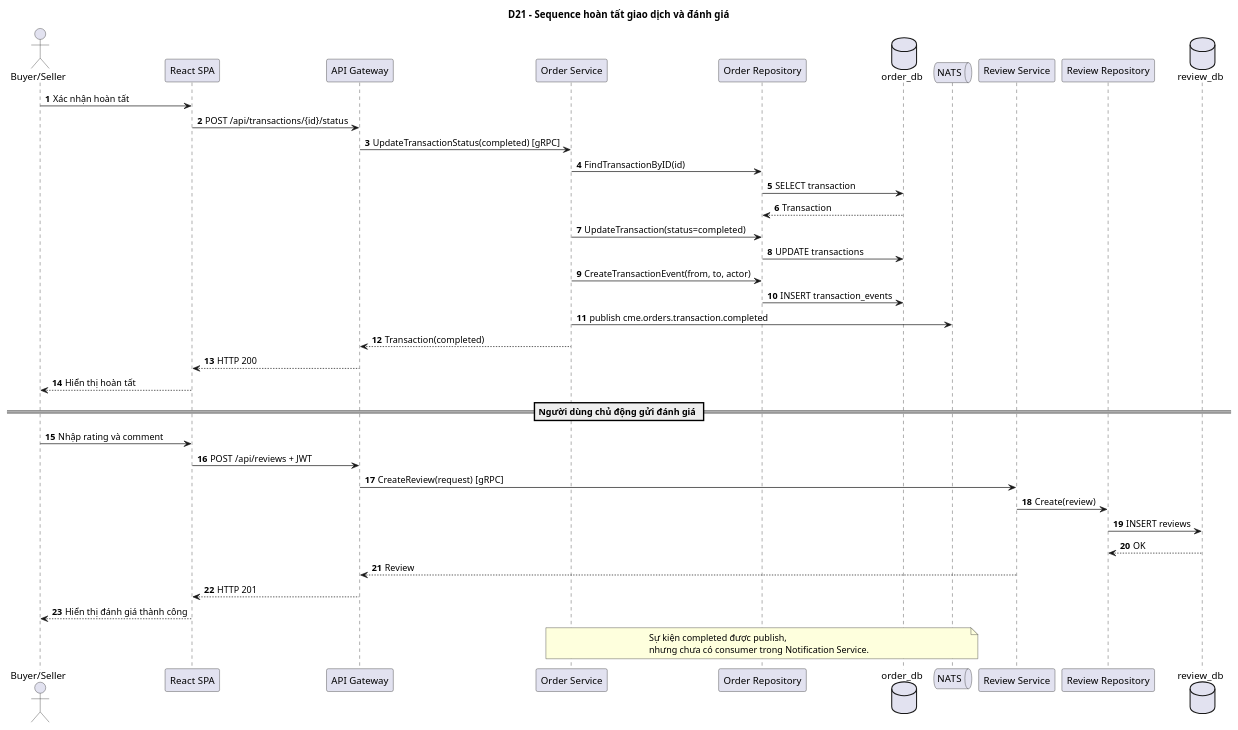
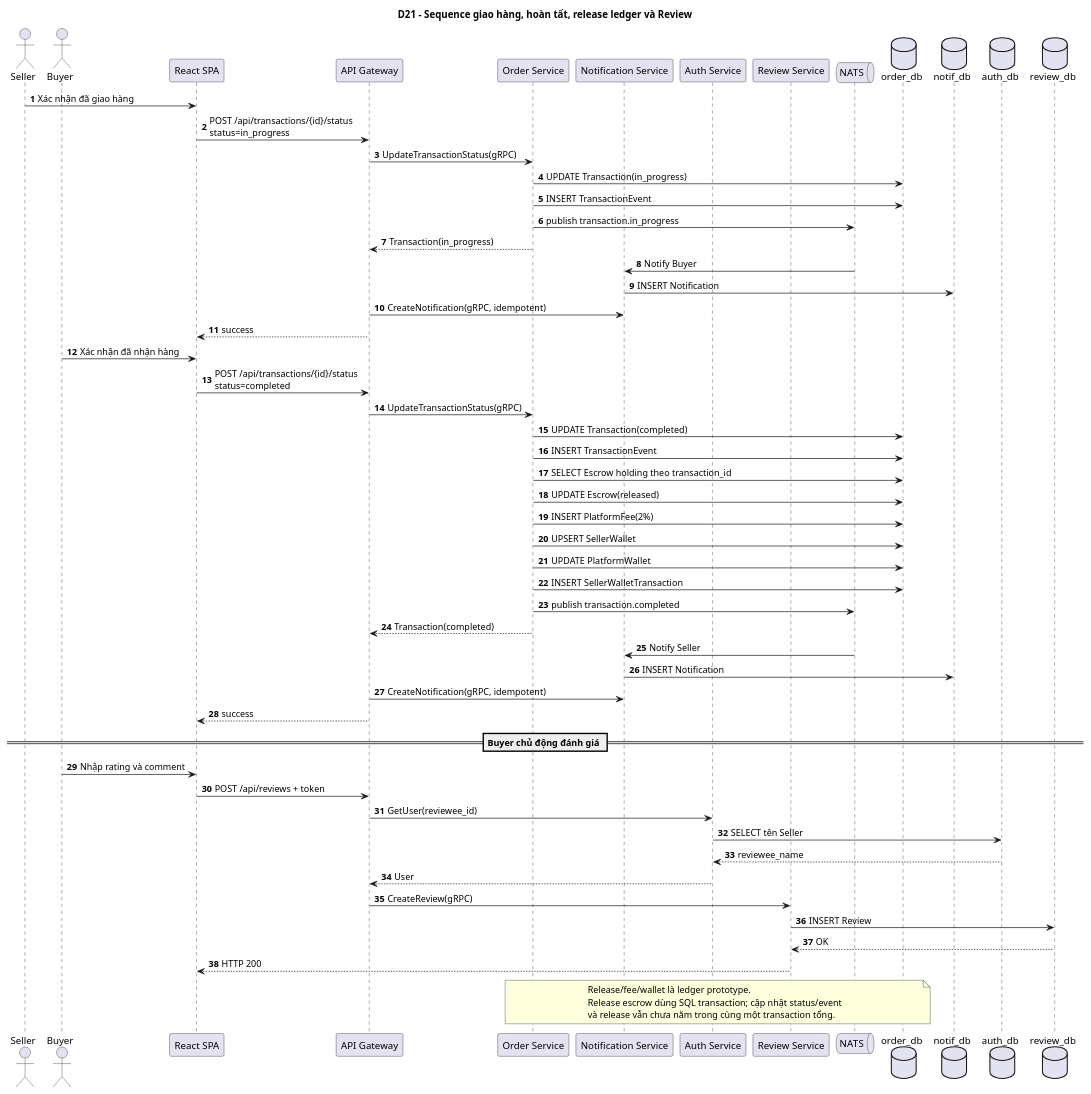
One commit to NguyetNgaLe/Circular-Materials-Exchange changed the diagram in project-submission/04-diagrams/chapter-04-design/D21-complete-review-sequence.puml. Above: the diagram before and after it, drawn with PlantUML. The commit also changed 129 other files, not shown here.

```diff
--- a/project-submission/04-diagrams/chapter-04-design/D21-complete-review-sequence.puml
+++ b/project-submission/04-diagrams/chapter-04-design/D21-complete-review-sequence.puml
@@ -1,46 +1,66 @@
 @startuml
-title D21 - Sequence hoàn tất giao dịch và đánh giá
+title D21 - Sequence giao hàng, hoàn tất, release ledger và Review
 autonumber
 
-actor "Buyer/Seller" as User
+actor Seller
+actor Buyer
 participant "React SPA" as Web
 participant "API Gateway" as Gateway
 participant "Order Service" as Order
-participant "Order Repository" as OrderRepo
+participant "Notification Service" as Notification
+participant "Auth Service" as AuthService
+participant "Review Service" as Review
+queue NATS
 database "order_db" as OrderDB
-queue NATS
-participant "Review Service" as Review
-participant "Review Repository" as ReviewRepo
+database "notif_db" as NotifDB
+database "auth_db" as AuthDB
 database "review_db" as ReviewDB
 
-User -> Web : Xác nhận hoàn tất
-Web -> Gateway : POST /api/transactions/{id}/status
-Gateway -> Order : UpdateTransactionStatus(completed) [gRPC]
-Order -> OrderRepo : FindTransactionByID(id)
-OrderRepo -> OrderDB : SELECT transaction
-OrderDB --> OrderRepo : Transaction
-Order -> OrderRepo : UpdateTransaction(status=completed)
-OrderRepo -> OrderDB : UPDATE transactions
-Order -> OrderRepo : CreateTransactionEvent(from, to, actor)
-OrderRepo -> OrderDB : INSERT transaction_events
-Order -> NATS : publish cme.orders.transaction.completed
+Seller -> Web : Xác nhận đã giao hàng
+Web -> Gateway : POST /api/transactions/{id}/status\nstatus=in_progress
+Gateway -> Order : UpdateTransactionStatus(gRPC)
+Order -> OrderDB : UPDATE Transaction(in_progress)
+Order -> OrderDB : INSERT TransactionEvent
+Order -> NATS : publish transaction.in_progress
+Order --> Gateway : Transaction(in_progress)
+NATS -> Notification : Notify Buyer
+Notification -> NotifDB : INSERT Notification
+Gateway -> Notification : CreateNotification(gRPC, idempotent)
+Gateway --> Web : success
+
+Buyer -> Web : Xác nhận đã nhận hàng
+Web -> Gateway : POST /api/transactions/{id}/status\nstatus=completed
+Gateway -> Order : UpdateTransactionStatus(gRPC)
+Order -> OrderDB : UPDATE Transaction(completed)
+Order -> OrderDB : INSERT TransactionEvent
+Order -> OrderDB : SELECT Escrow holding theo transaction_id
+Order -> OrderDB : UPDATE Escrow(released)
+Order -> OrderDB : INSERT PlatformFee(2%)
+Order -> OrderDB : UPSERT SellerWallet
+Order -> OrderDB : UPDATE PlatformWallet
+Order -> OrderDB : INSERT SellerWalletTransaction
+Order -> NATS : publish transaction.completed
 Order --> Gateway : Transaction(completed)
-Gateway --> Web : HTTP 200
-Web --> User : Hiển thị hoàn tất
+NATS -> Notification : Notify Seller
+Notification -> NotifDB : INSERT Notification
+Gateway -> Notification : CreateNotification(gRPC, idempotent)
+Gateway --> Web : success
 
-== Người dùng chủ động gửi đánh giá ==
-User -> Web : Nhập rating và comment
-Web -> Gateway : POST /api/reviews + JWT
-Gateway -> Review : CreateReview(request) [gRPC]
-Review -> ReviewRepo : Create(review)
-ReviewRepo -> ReviewDB : INSERT reviews
-ReviewDB --> ReviewRepo : OK
-Review --> Gateway : Review
-Gateway --> Web : HTTP 201
-Web --> User : Hiển thị đánh giá thành công
+== Buyer chủ động đánh giá ==
+Buyer -> Web : Nhập rating và comment
+Web -> Gateway : POST /api/reviews + token
+Gateway -> AuthService : GetUser(reviewee_id)
+AuthService -> AuthDB : SELECT tên Seller
+AuthDB --> AuthService : reviewee_name
+AuthService --> Gateway : User
+Gateway -> Review : CreateReview(gRPC)
+Review -> ReviewDB : INSERT Review
+ReviewDB --> Review : OK
+Review --> Web : HTTP 200
 
-note over Order,NATS
-  Sự kiện completed được publish,
-  nhưng chưa có consumer trong Notification Service.
+note over Order,OrderDB
+  Release/fee/wallet là ledger prototype.
+  Release escrow dùng SQL transaction; cập nhật status/event
+  và release vẫn chưa nằm trong cùng một transaction tổng.
 end note
 @enduml
```
